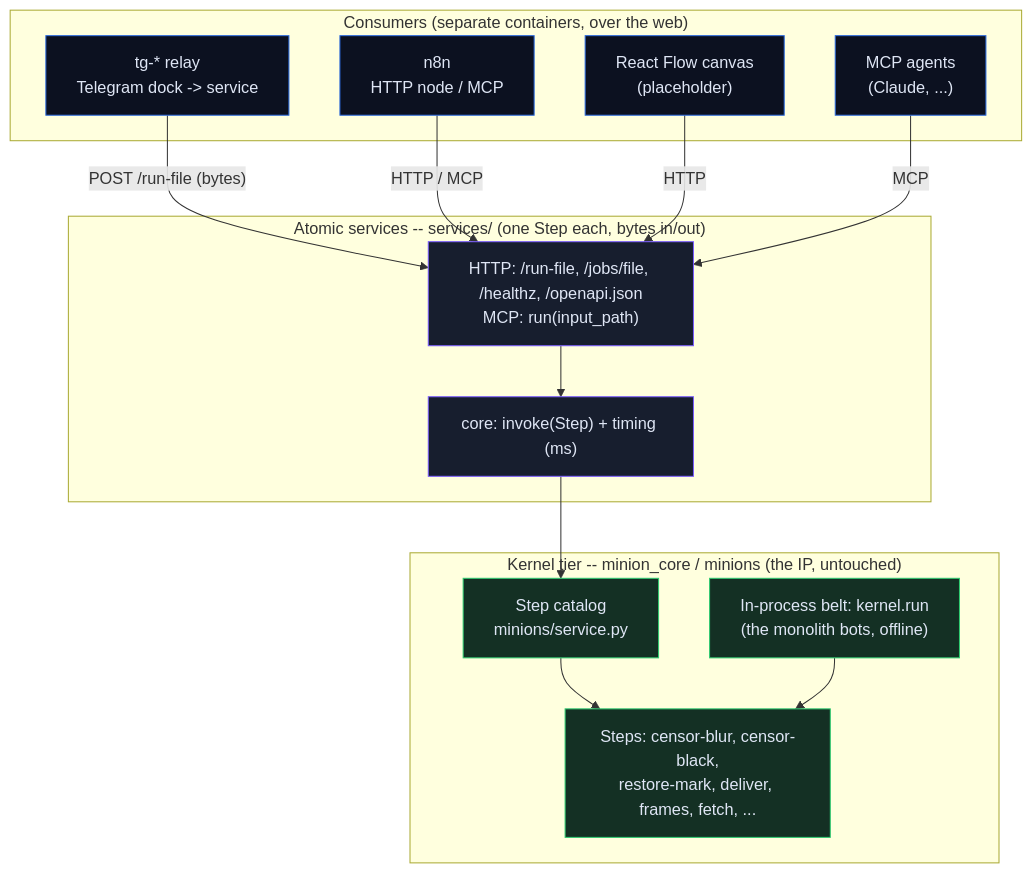
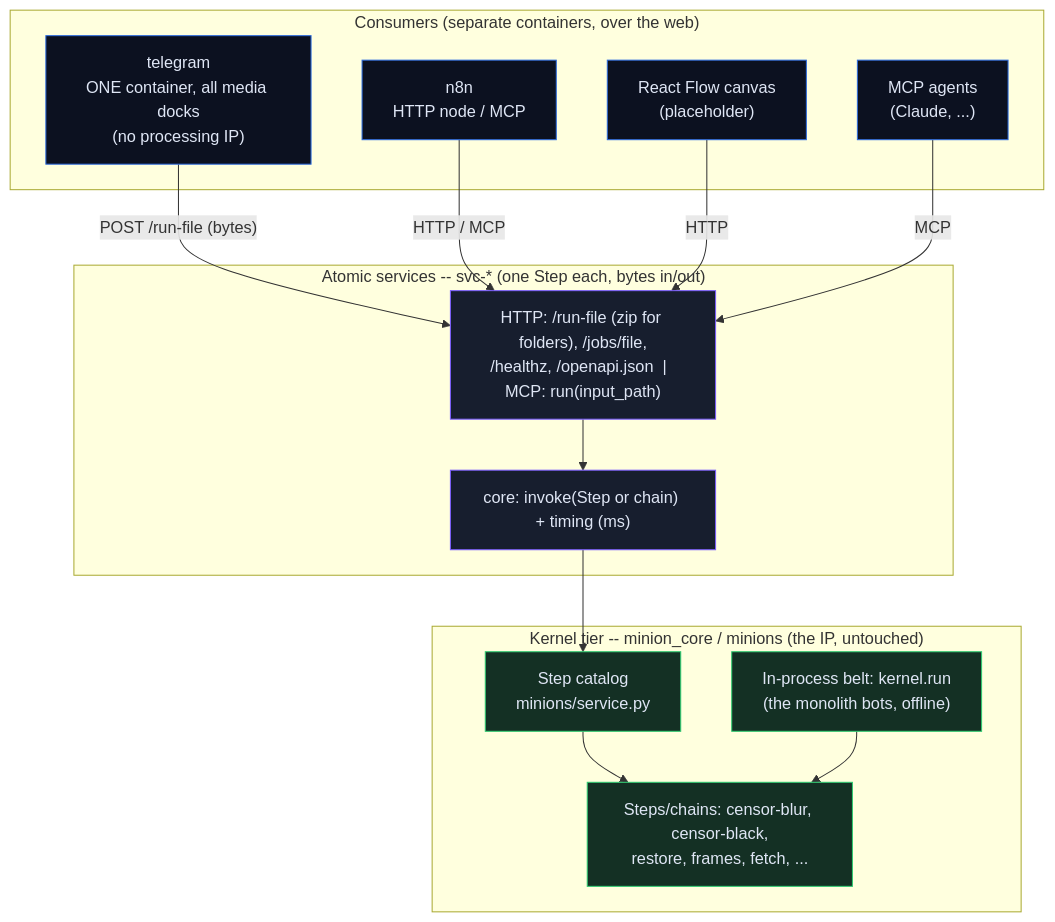
Before and after one commit to coppermilk/minion2: the diagram in ARCHITECTURE.md, drawn with Mermaid. The commit also changed other lines of this file and 8 other files, not shown here.

First line of the commit message:
refactor: total split -- one telegram container, all processing as svc-*

````diff
--- a/ARCHITECTURE.md
+++ b/ARCHITECTURE.md
@@ -8,32 +8,32 @@
 ```mermaid
 flowchart TB
   classDef ip   fill:#143024,stroke:#2ecc71,color:#dfe6f5
   classDef svc  fill:#171e2e,stroke:#7a5cff,color:#dfe6f5
   classDef ext  fill:#0c1120,stroke:#2d6cdf,color:#dfe6f5
 
   subgraph EXT["Consumers (separate containers, over the web)"]
-    TG["tg-* relay<br/>Telegram dock -> service"]:::ext
+    TG["telegram<br/>ONE container, all media docks<br/>(no processing IP)"]:::ext
     N8N["n8n<br/>HTTP node / MCP"]:::ext
     RF["React Flow canvas<br/>(placeholder)"]:::ext
     AG["MCP agents<br/>(Claude, ...)"]:::ext
   end
 
-  subgraph SVCS["Atomic services -- services/ (one Step each, bytes in/out)"]
-    SKINS["HTTP: /run-file, /jobs/file, /healthz, /openapi.json<br/>MCP: run(input_path)"]:::svc
-    CORE["core: invoke(Step) + timing (ms)"]:::svc
+  subgraph SVCS["Atomic services -- svc-* (one Step each, bytes in/out)"]
+    SKINS["HTTP: /run-file (zip for folders), /jobs/file,<br/>/healthz, /openapi.json  |  MCP: run(input_path)"]:::svc
+    CORE["core: invoke(Step or chain) + timing (ms)"]:::svc
   end
 
   subgraph KERN["Kernel tier -- minion_core / minions (the IP, untouched)"]
     CAT["Step catalog<br/>minions/service.py"]:::ip
-    STEPS["Steps: censor-blur, censor-black,<br/>restore-mark, deliver, frames, fetch, ..."]:::ip
+    STEPS["Steps/chains: censor-blur, censor-black,<br/>restore, frames, fetch, ..."]:::ip
     BELT["In-process belt: kernel.run<br/>(the monolith bots, offline)"]:::ip
   end
 
   TG -- "POST /run-file (bytes)" --> SKINS
   N8N -- "HTTP / MCP" --> SKINS
   RF -- "HTTP" --> SKINS
   AG -- "MCP" --> SKINS
   SKINS --> CORE
   CORE --> CAT --> STEPS
   BELT --> STEPS
 ```
````
